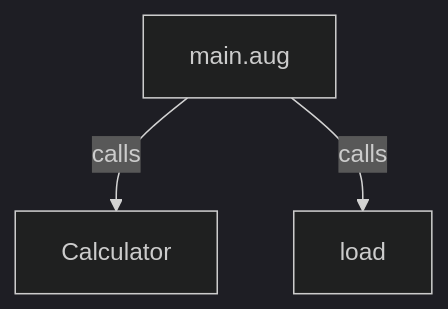
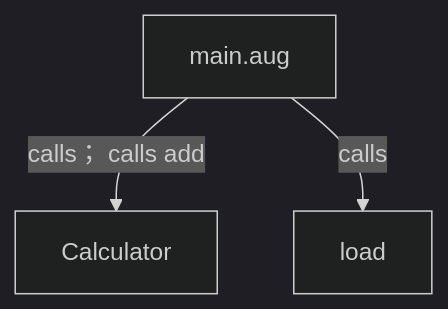
The first of 3 diagrams in docs/examples/developer-workflow/main-diagrams.md (GreenPandaStudios/augscript), drawn with Mermaid (dark theme) before and after one commit. The commit also changed other lines of this file and 304 other files, not shown here.

Commit message:
Make generated data-flow sequences concise and review every diagram

````diff
--- a/docs/examples/developer-workflow/main-diagrams.md
+++ b/docs/examples/developer-workflow/main-diagrams.md
@@ -19,8 +19,8 @@
 ```mermaid
 flowchart TD
     n0["Calculator"]
     n1["load"]
     n2["main.aug"]
-    n2 -->|"calls"| n0
+    n2 -->|"calls； calls add"| n0
     n2 -->|"calls"| n1
 ```
````
